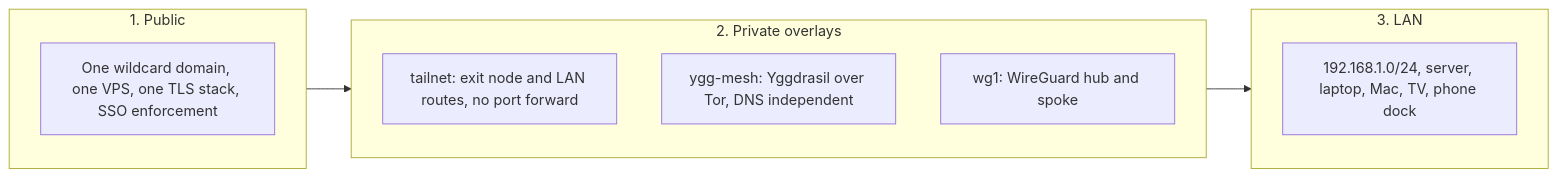
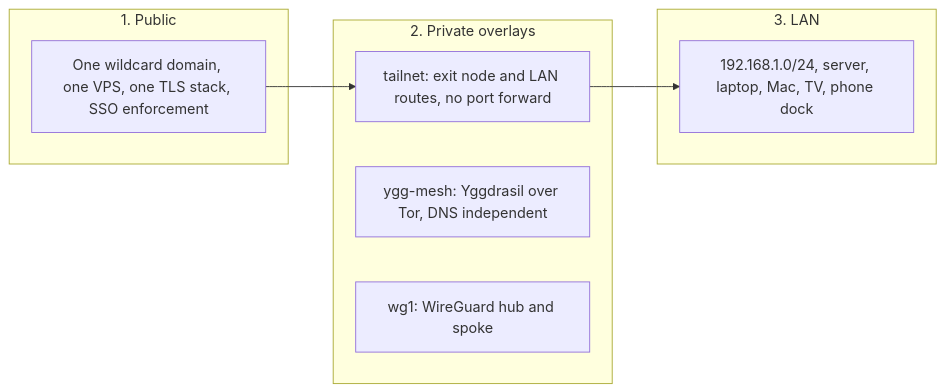
The third of 6 diagrams in README.md (MarcPartensky/nixos), drawn with Mermaid before and after one commit. The commit also changed other lines of this file, not shown here.

Commit message:
docs(readme): liens entre noeuds plutot que vers les sous-graphes (mermaid)

````diff
--- a/README.md
+++ b/README.md
@@ -118,16 +118,16 @@
 ```mermaid
 flowchart LR
   subgraph l1["1. Public"]
     pub["One wildcard domain, one VPS, one TLS stack, SSO enforcement"]
   end
   subgraph l2["2. Private overlays"]
     ts["tailnet: exit node and LAN routes, no port forward"]
     yg["ygg-mesh: Yggdrasil over Tor, DNS independent"]
     wg["wg1: WireGuard hub and spoke"]
   end
   subgraph l3["3. LAN"]
     lan["192.168.1.0/24, server, laptop, Mac, TV, phone dock"]
   end
-  l1 --> l2
-  l2 --> l3
+  pub --> ts
+  ts --> lan
 ```
````
